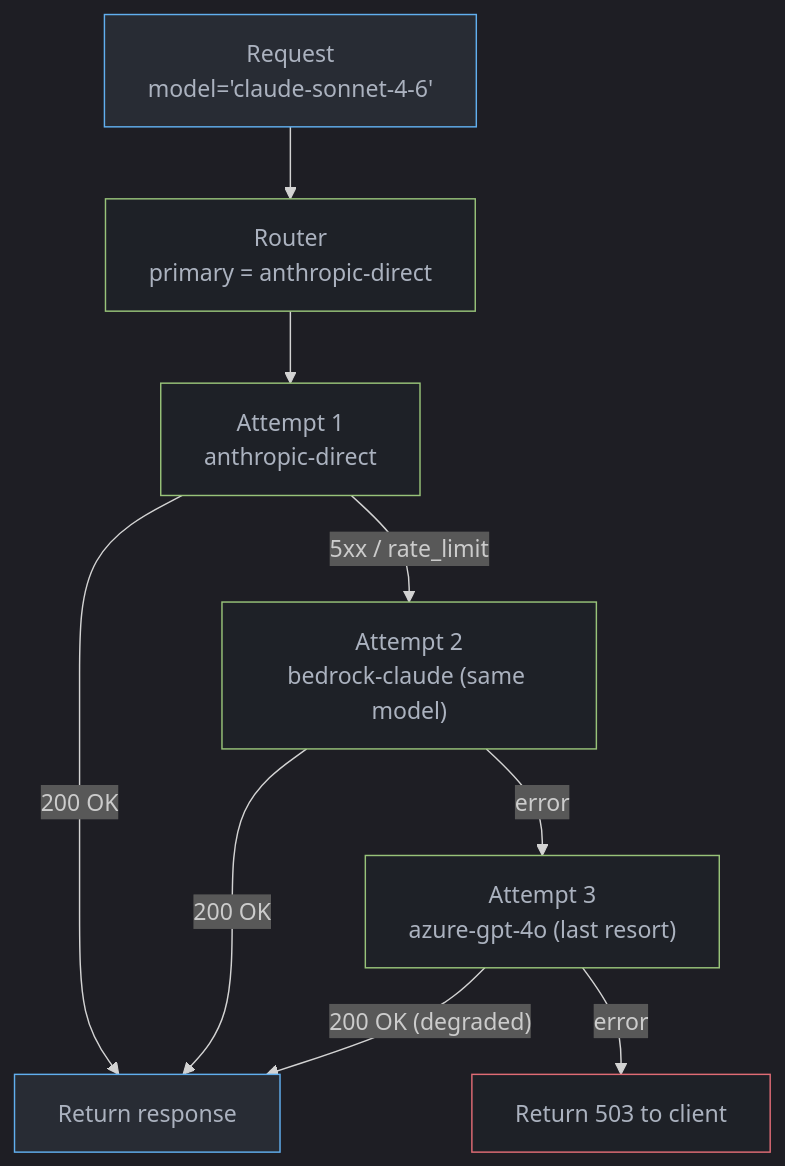
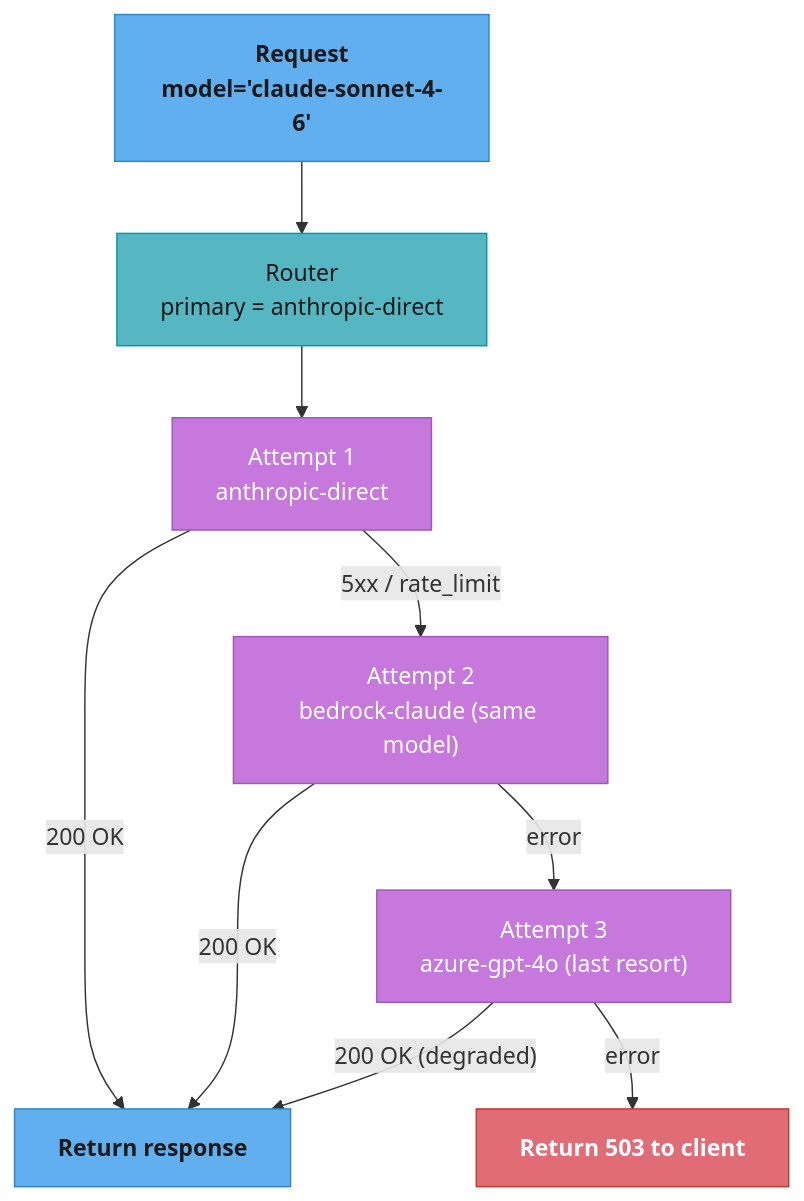
Before and after one commit to rppol/system-design: the second of 2 diagrams in src/main/java/com/rutik/systemdesign/llm/agentic_frameworks/litellm_routing.md, drawn with Mermaid. The commit also changed other lines of this file and 88 other files, not shown here.

````diff
--- a/src/main/java/com/rutik/systemdesign/llm/agentic_frameworks/litellm_routing.md
+++ b/src/main/java/com/rutik/systemdesign/llm/agentic_frameworks/litellm_routing.md
@@ -77,27 +94,31 @@
 ```mermaid
-%%{init: {'flowchart': {'curve': 'basis'}, 'theme': 'dark'}}%%
 flowchart TD
-    classDef io   fill:#282c34,stroke:#61afef,color:#abb2bf
-    classDef proc fill:#1e2127,stroke:#98c379,color:#abb2bf
-    classDef warn fill:#1e2127,stroke:#e06c75,color:#abb2bf
+    classDef io      fill:#61afef,stroke:#2e86c1,color:#1a1a1a,font-weight:bold
+    classDef frozen  fill:#c678dd,stroke:#9b59b6,color:#fff
+    classDef train   fill:#98c379,stroke:#27ae60,color:#1a1a1a
+    classDef mathOp  fill:#d19a66,stroke:#e67e22,color:#1a1a1a,font-weight:bold
+    classDef lossN   fill:#e06c75,stroke:#c0392b,color:#fff,font-weight:bold
+    classDef req     fill:#56b6c2,stroke:#0097a7,color:#1a1a1a
+    classDef base    fill:#e5c07b,stroke:#f39c12,color:#1a1a1a
 
     REQ["Request\nmodel='claude-sonnet-4-6'"]
     RTR["Router\nprimary = anthropic-direct"]
     A1["Attempt 1\nanthropic-direct"]
     A2["Attempt 2\nbedrock-claude (same model)"]
     A3["Attempt 3\nazure-gpt-4o (last resort)"]
     OK["Return response"]
     ERR["Return 503 to client"]
 
     REQ --> RTR --> A1
     A1 -->|"200 OK"| OK
     A1 -->|"5xx / rate_limit"| A2
     A2 -->|"200 OK"| OK
     A2 -->|"error"| A3
     A3 -->|"200 OK (degraded)"| OK
     A3 -->|"error"| ERR
 
     class REQ,OK io
-    class RTR,A1,A2,A3 proc
-    class ERR warn
+    class RTR req
+    class A1,A2,A3 frozen
+    class ERR lossN
 ```
````
